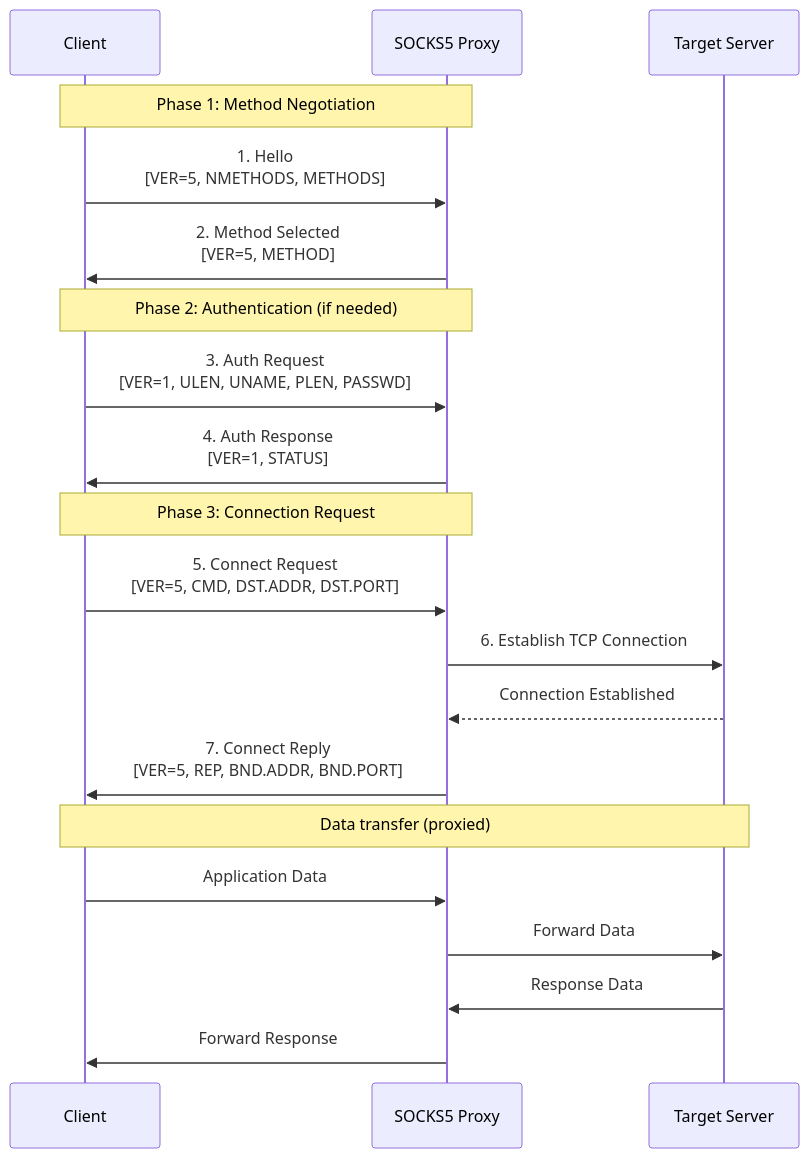
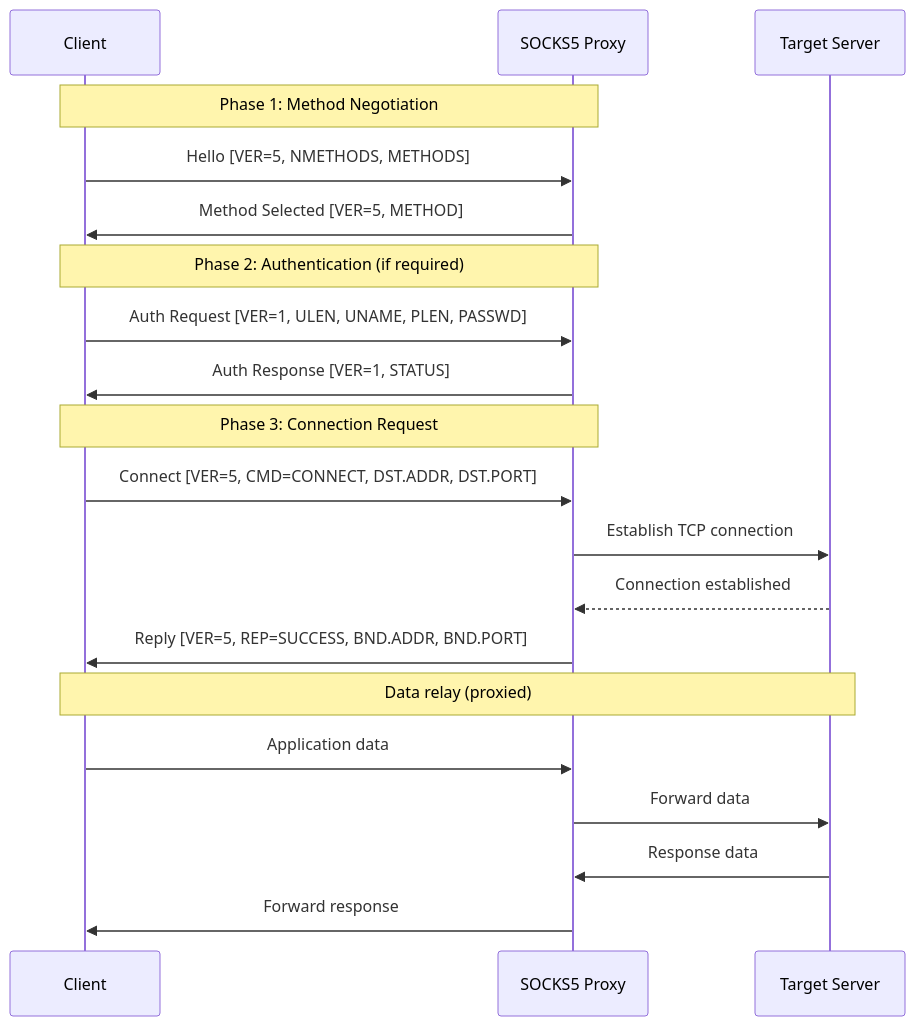
Before and after one commit to autoscrape-labs/pydoll: the first of 3 diagrams in docs/en/deep-dive/network/socks-proxies.md, drawn with Mermaid. The commit also changed other lines of this file and 4 other files, not shown here.

````diff
--- a/docs/en/deep-dive/network/socks-proxies.md
+++ b/docs/en/deep-dive/network/socks-proxies.md
@@ -145,26 +48,26 @@
 ```mermaid
 sequenceDiagram
     participant Client
     participant SOCKS5 as SOCKS5 Proxy
     participant Server as Target Server
-    
+
     Note over Client,SOCKS5: Phase 1: Method Negotiation
-    Client->>SOCKS5: 1. Hello<br/>[VER=5, NMETHODS, METHODS]
-    SOCKS5->>Client: 2. Method Selected<br/>[VER=5, METHOD]
-    
-    Note over Client,SOCKS5: Phase 2: Authentication (if needed)
-    Client->>SOCKS5: 3. Auth Request<br/>[VER=1, ULEN, UNAME, PLEN, PASSWD]
-    SOCKS5->>Client: 4. Auth Response<br/>[VER=1, STATUS]
-    
+    Client->>SOCKS5: Hello [VER=5, NMETHODS, METHODS]
+    SOCKS5->>Client: Method Selected [VER=5, METHOD]
+
+    Note over Client,SOCKS5: Phase 2: Authentication (if required)
+    Client->>SOCKS5: Auth Request [VER=1, ULEN, UNAME, PLEN, PASSWD]
+    SOCKS5->>Client: Auth Response [VER=1, STATUS]
+
     Note over Client,SOCKS5: Phase 3: Connection Request
-    Client->>SOCKS5: 5. Connect Request<br/>[VER=5, CMD, DST.ADDR, DST.PORT]
-    SOCKS5->>Server: 6. Establish TCP Connection
-    Server-->>SOCKS5: Connection Established
-    SOCKS5->>Client: 7. Connect Reply<br/>[VER=5, REP, BND.ADDR, BND.PORT]
-    
-    Note over Client,Server: Data transfer (proxied)
-    Client->>SOCKS5: Application Data
-    SOCKS5->>Server: Forward Data
-    Server->>SOCKS5: Response Data
-    SOCKS5->>Client: Forward Response
+    Client->>SOCKS5: Connect [VER=5, CMD=CONNECT, DST.ADDR, DST.PORT]
+    SOCKS5->>Server: Establish TCP connection
+    Server-->>SOCKS5: Connection established
+    SOCKS5->>Client: Reply [VER=5, REP=SUCCESS, BND.ADDR, BND.PORT]
+
+    Note over Client,Server: Data relay (proxied)
+    Client->>SOCKS5: Application data
+    SOCKS5->>Server: Forward data
+    Server->>SOCKS5: Response data
+    SOCKS5->>Client: Forward response
 ```
````
